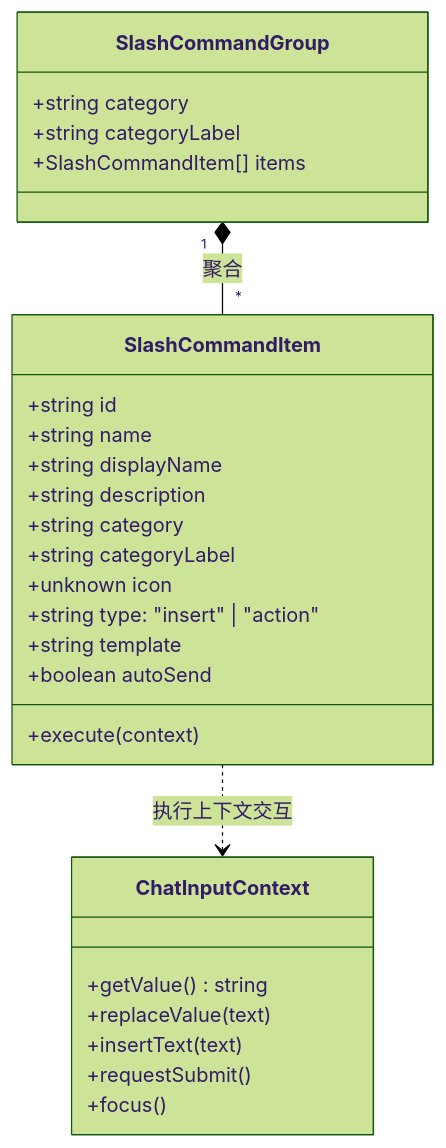
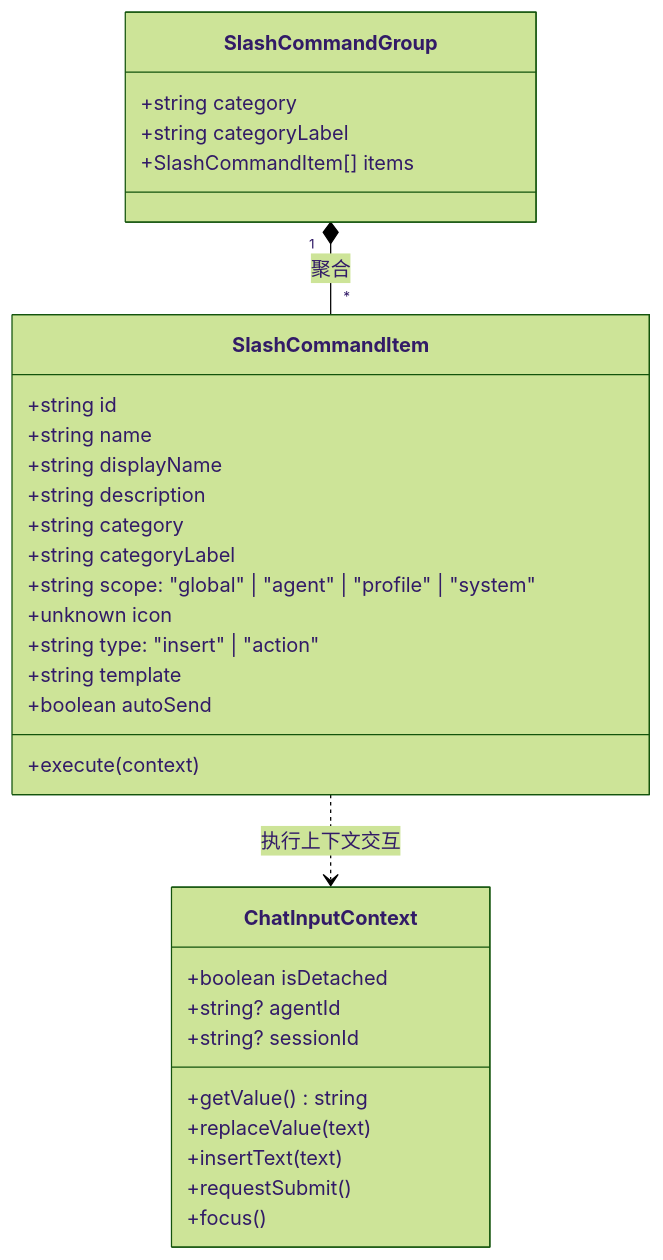
One commit to miaotouy/aio-hub changed the first of 2 diagrams in docs/design/llm-chat-slash-command-system-design.md. Above: the diagram before and after it, drawn with Mermaid (forest theme). The commit also changed other lines of this file, not shown here.

````diff
--- a/docs/design/llm-chat-slash-command-system-design.md
+++ b/docs/design/llm-chat-slash-command-system-design.md
@@ -38,33 +53,37 @@
 ```mermaid
 classDiagram
     class SlashCommandItem {
         +string id
         +string name
         +string displayName
         +string description
         +string category
         +string categoryLabel
+        +string scope: "global" | "agent" | "profile" | "system"
         +unknown icon
         +string type: "insert" | "action"
         +string template
         +boolean autoSend
         +execute(context)
     }
 
     class ChatInputContext {
         +getValue() string
         +replaceValue(text)
         +insertText(text)
         +requestSubmit()
         +focus()
+        +boolean isDetached
+        +string? agentId
+        +string? sessionId
     }
 
     class SlashCommandGroup {
         +string category
         +string categoryLabel
         +SlashCommandItem[] items
     }
 
     SlashCommandGroup "1" *-- "*" SlashCommandItem : 聚合
     SlashCommandItem ..> ChatInputContext : 执行上下文交互
 ```
````
